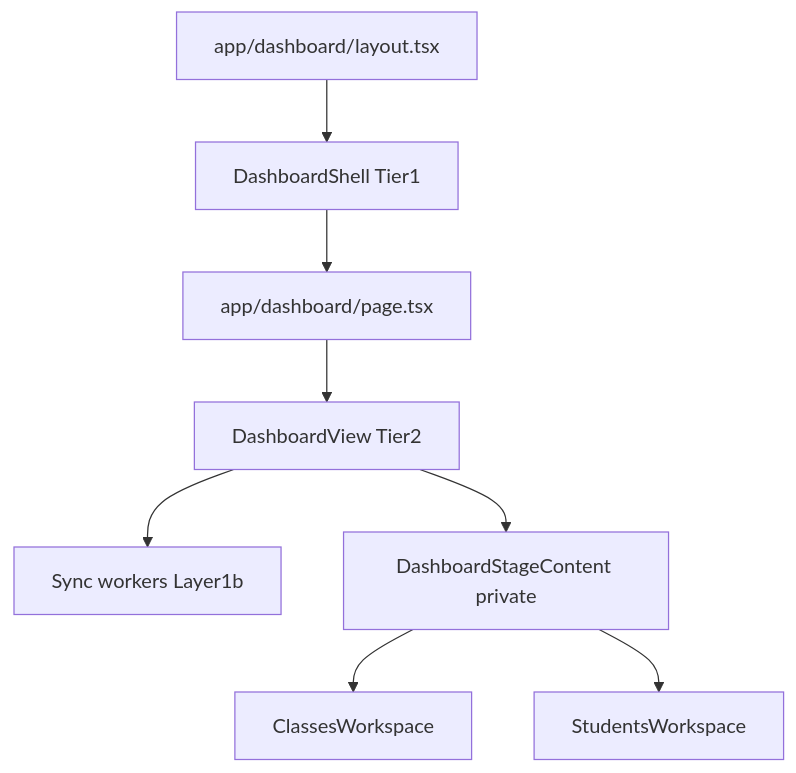
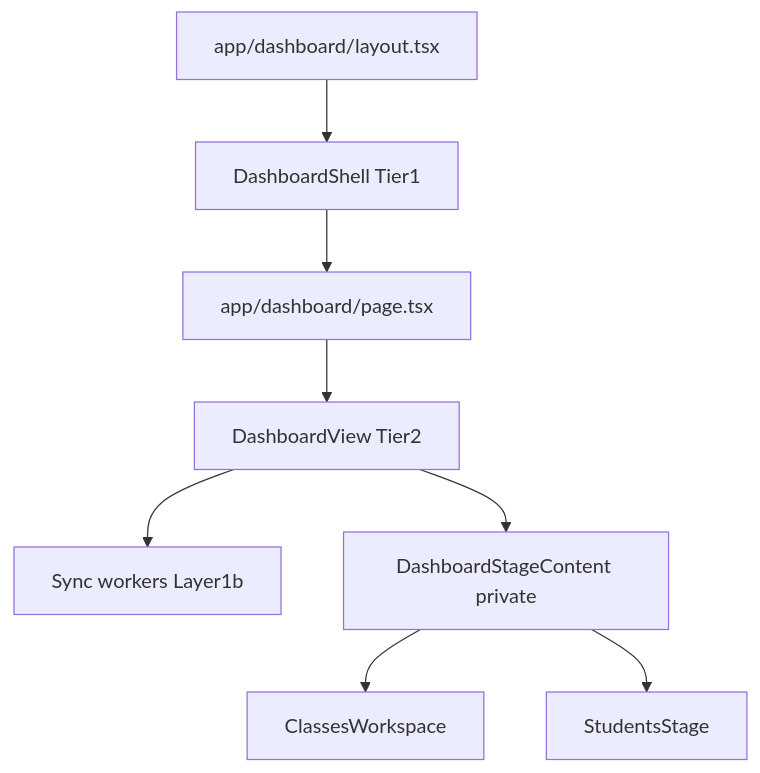
The first of 3 diagrams in docs/architecture-plan.md (kisdreamteam/KIS-Points-V2-Live), drawn with Mermaid before and after one commit. The commit also changed other lines of this file and 14 other files, not shown here.

First line of the commit message:
refactor(students,seating): align stage and workspace naming

````diff
--- a/docs/architecture-plan.md
+++ b/docs/architecture-plan.md
@@ -70,18 +70,18 @@
 ```mermaid
 flowchart TD
   layout[app/dashboard/layout.tsx]
   shell[DashboardShell Tier1]
   page[app/dashboard/page.tsx]
   dv[DashboardView Tier2]
   sync[Sync workers Layer1b]
   stage[DashboardStageContent private]
   classes[ClassesWorkspace]
-  students[StudentsWorkspace]
+  students[StudentsStage]
   layout --> shell
   page --> dv
   shell --> page
   dv --> sync
   dv --> stage
   stage --> classes
   stage --> students
 ```
````
